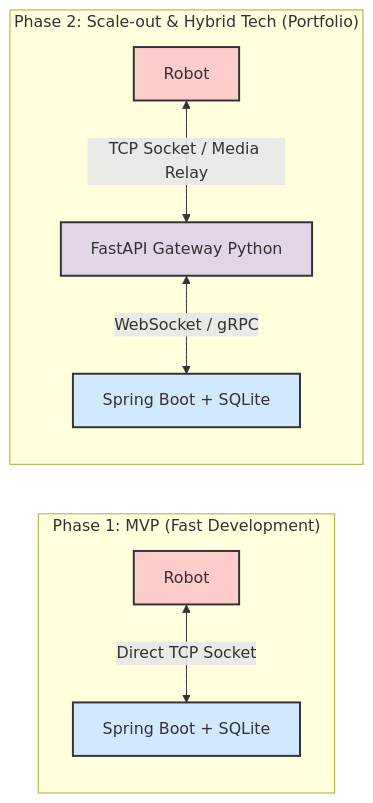
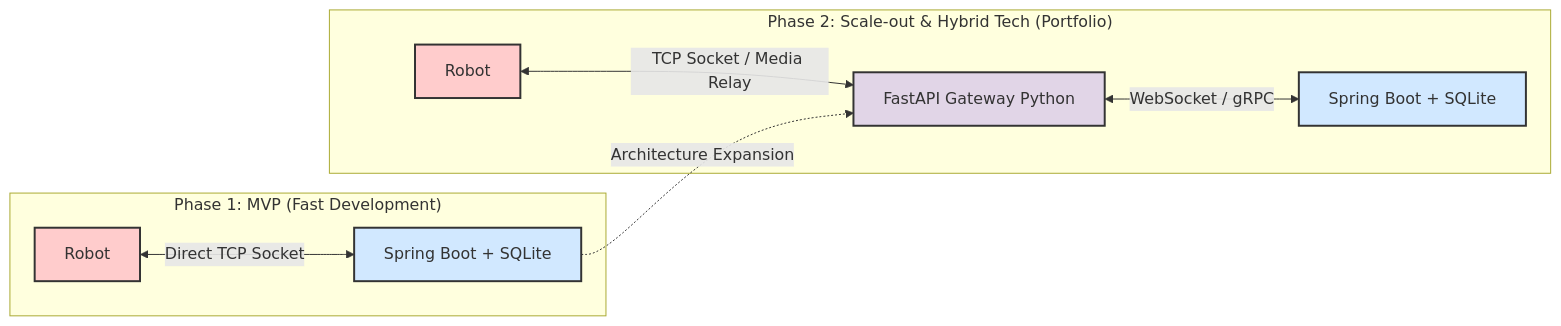
Before and after one commit to jinsung-mo/-BBIYONG-autonomous_driving_factory_patrol_robot: the second of 2 diagrams in docs/architecture_and_api_spec.md, drawn with Mermaid.

Commit message:
docs: Add dotted connection between Phase 1 and 2 to force left-to-right alignment

````diff
--- a/docs/architecture_and_api_spec.md
+++ b/docs/architecture_and_api_spec.md
@@ -153,24 +153,26 @@
 ```mermaid
 flowchart LR
     subgraph "Phase 1: MVP (Fast Development)"
         Robot1[Robot]
         SpringBoot1[Spring Boot + SQLite]
         Robot1 <-->|Direct TCP Socket| SpringBoot1
     end
     
     subgraph "Phase 2: Scale-out & Hybrid Tech (Portfolio)"
         Robot2[Robot]
         FastAPI[FastAPI Gateway Python]
         SpringBoot2[Spring Boot + SQLite]
         Robot2 <-->|TCP Socket / Media Relay| FastAPI
         FastAPI <-->|WebSocket / gRPC| SpringBoot2
     end
 
+    SpringBoot1 -.->|Architecture Expansion| FastAPI
+
     classDef robot fill:#ffcccc,stroke:#333,stroke-width:2px,color:#333
     classDef backend fill:#d1e8ff,stroke:#333,stroke-width:2px,color:#333
     classDef gateway fill:#e1d5e7,stroke:#333,stroke-width:2px,color:#333
 
     class Robot1,Robot2 robot
     class SpringBoot1,SpringBoot2 backend
     class FastAPI gateway
 ```
````
